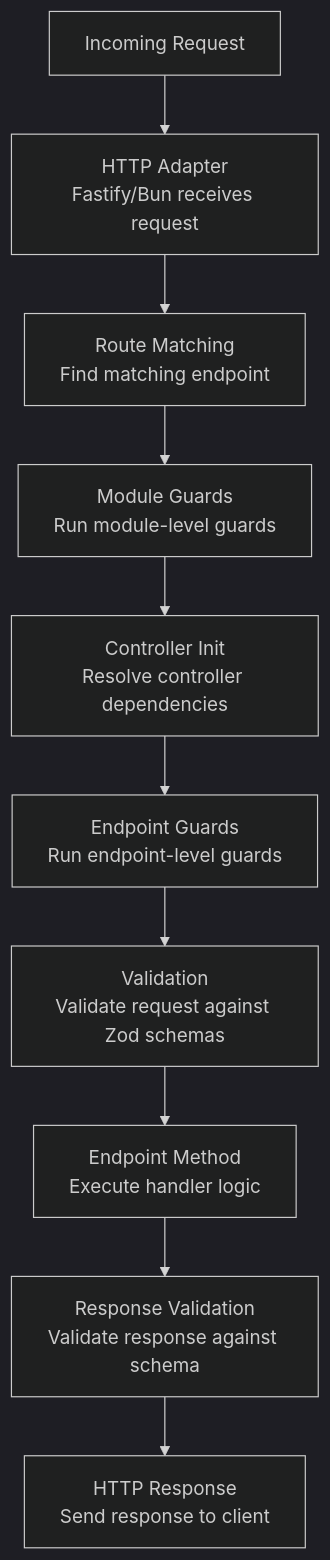
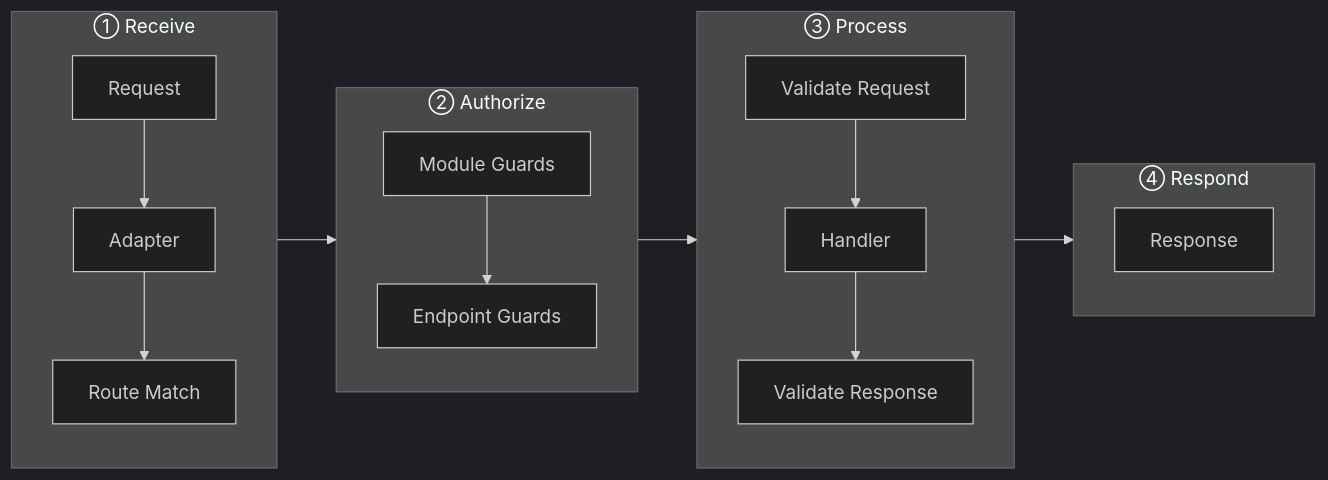
One commit to navios-org/navios changed the diagram in apps/docs/docs/server/overview/request-lifecycle.md. Above: the diagram before and after it, drawn with Mermaid (dark theme). The commit also changed 35 other files, not shown here.

````diff
--- a/apps/docs/docs/server/overview/request-lifecycle.md
+++ b/apps/docs/docs/server/overview/request-lifecycle.md
@@ -12,12 +12,26 @@
 ```mermaid
-graph TD
-    A[Incoming Request] --> B[HTTP Adapter<br/>Fastify/Bun receives request]
-    B --> C[Route Matching<br/>Find matching endpoint]
-    C --> D[Module Guards<br/>Run module-level guards]
-    D --> E[Controller Init<br/>Resolve controller dependencies]
-    E --> F[Endpoint Guards<br/>Run endpoint-level guards]
-    F --> G[Validation<br/>Validate request against Zod schemas]
-    G --> H[Endpoint Method<br/>Execute handler logic]
-    H --> I[Response Validation<br/>Validate response against schema]
-    I --> J[HTTP Response<br/>Send response to client]
+flowchart LR
+    subgraph Input["① Receive"]
+        A[Request] --> B[Adapter]
+        B --> C[Route Match]
+    end
+
+    subgraph Auth["② Authorize"]
+        D[Module Guards]
+        D --> E[Endpoint Guards]
+    end
+
+    subgraph Process["③ Process"]
+        F[Validate Request]
+        F --> G[Handler]
+        G --> H[Validate Response]
+    end
+
+    subgraph Output["④ Respond"]
+        I[Response]
+    end
+
+    Input --> Auth
+    Auth --> Process
+    Process --> Output
 ```
````
